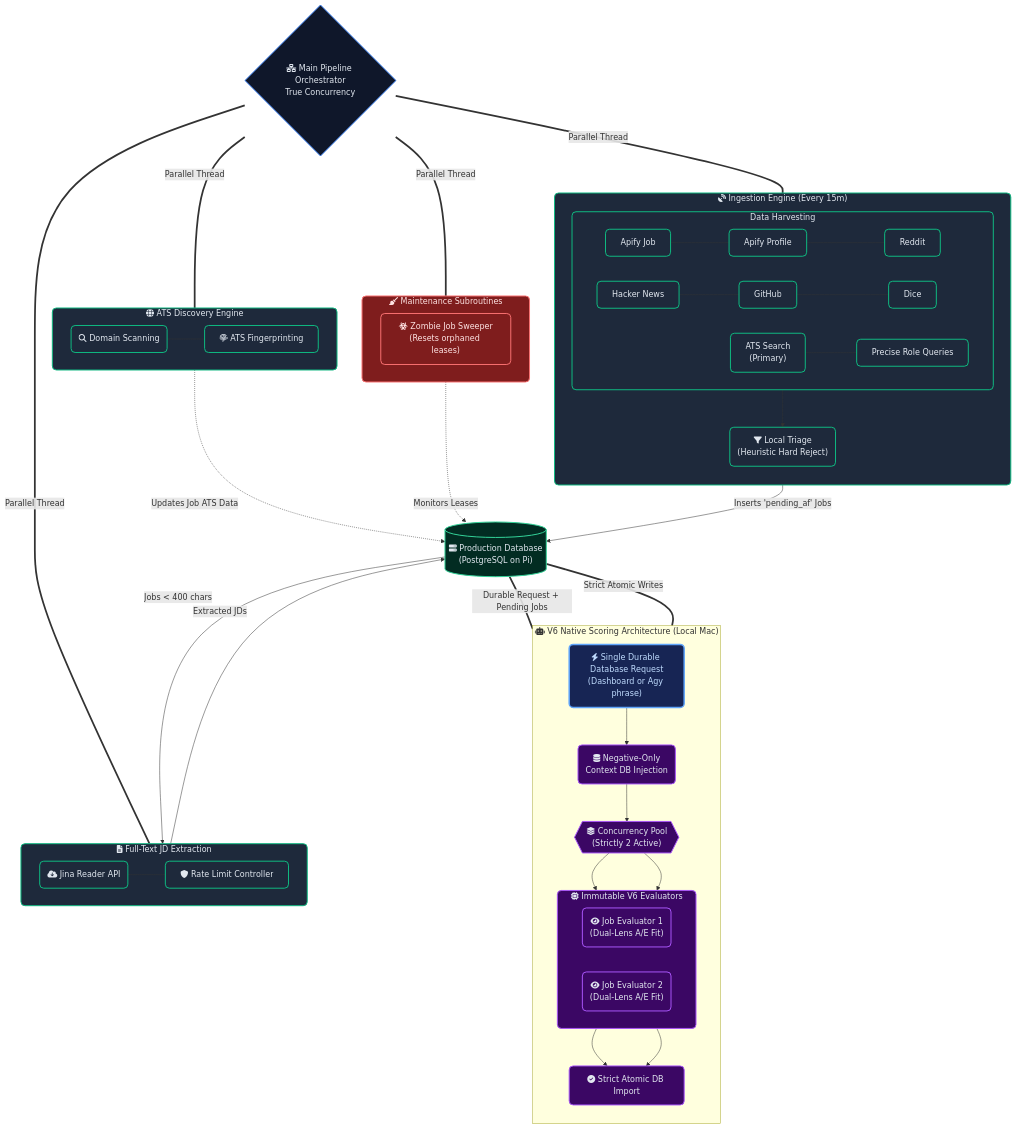
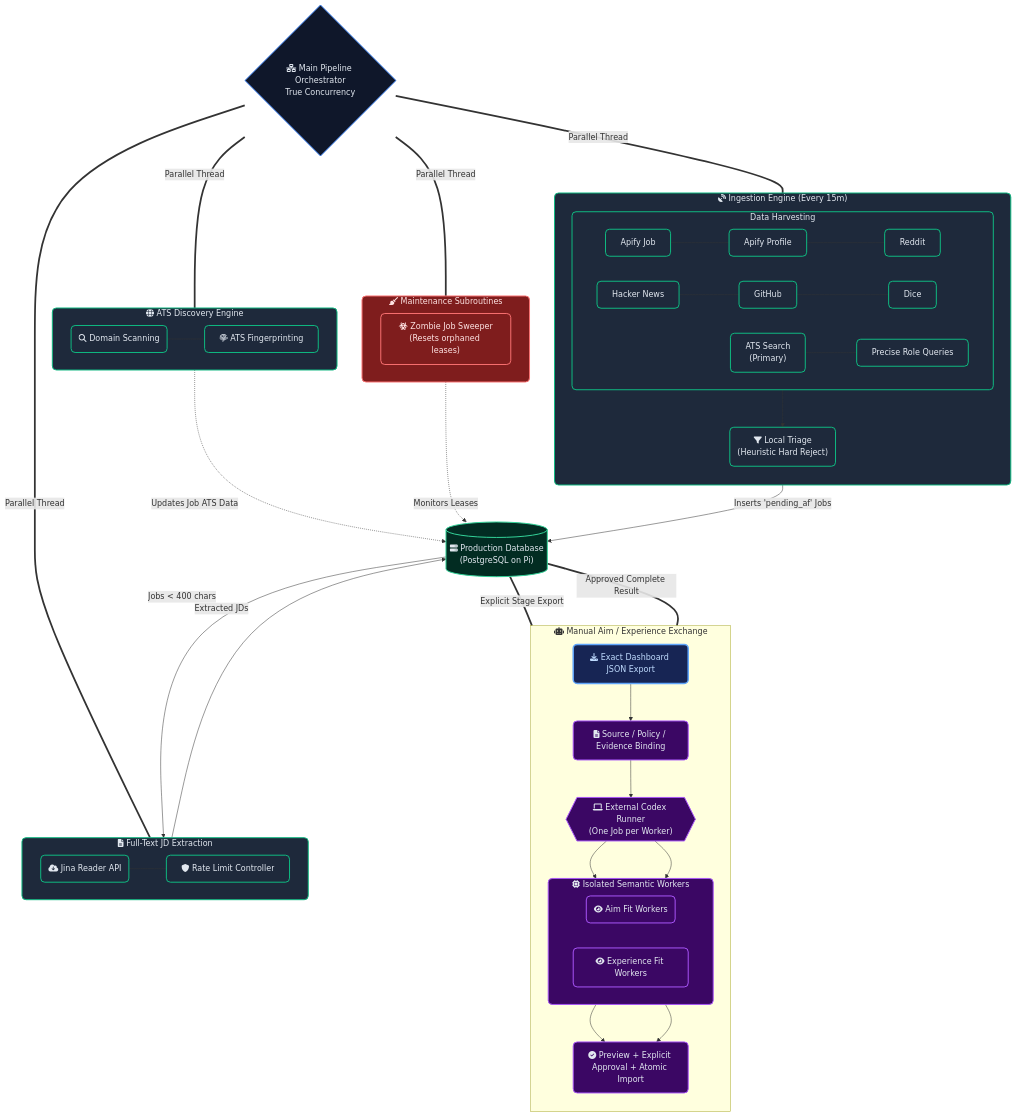
Before and after one commit to j85473/career-dashboard: the diagram in README.md, drawn with Mermaid. The commit also changed other lines of this file and 144 other files, not shown here.

Commit message:
Replace native scoring with manual Aim and Experience exchange

````diff
--- a/README.md
+++ b/README.md
@@ -68,18 +68,18 @@
     end
     class J,J1,J2 source
     
-    %% V6 Native Scoring Architecture
-    subgraph AGY ["fa:fa-robot V6 Native Scoring Architecture (Local Mac)"]
+    %% Manual two-stage scoring exchange
+    subgraph AGY ["fa:fa-robot Manual Aim / Experience Exchange"]
         direction TB
-        AGY1("fa:fa-bolt Single Durable Database Request<br/>(Dashboard or Agy phrase)")
-        AGY4("fa:fa-database Negative-Only<br/>Context DB Injection")
-        AGY2{{"fa:fa-layer-group Concurrency Pool<br/>(Strictly 2 Active)"}}
-        AGY5("fa:fa-check-circle Strict Atomic DB Import")
+        AGY1("fa:fa-download Exact Dashboard JSON Export")
+        AGY4("fa:fa-file-lines Source / Policy / Evidence Binding")
+        AGY2{{"fa:fa-laptop External Codex Runner<br/>(One Job per Worker)"}}
+        AGY5("fa:fa-check-circle Preview + Explicit Approval + Atomic Import")
         
-        subgraph Subagents ["fa:fa-microchip Immutable V6 Evaluators"]
+        subgraph Subagents ["fa:fa-microchip Isolated Semantic Workers"]
             direction LR
-            E1("fa:fa-eye Job Evaluator 1<br/>(Dual-Lens A/E Fit)")
-            E2("fa:fa-eye Job Evaluator 2<br/>(Dual-Lens A/E Fit)")
+            E1("fa:fa-eye Aim Fit Workers")
+            E2("fa:fa-eye Experience Fit Workers")
         end
         
         AGY1 --> AGY4
@@ -105,7 +105,7 @@
     ATS -.->|Updates Job ATS Data| DB
     DB -->|Jobs < 400 chars| J
     J -->|Extracted JDs| DB
-    DB ===|Durable Request + Pending Jobs| AGY
-    AGY ===|Strict Atomic Writes| DB
+    DB ===|Explicit Stage Export| AGY
+    AGY ===|Approved Complete Result| DB
     C -.->|Monitors Leases| DB
 ```
````
